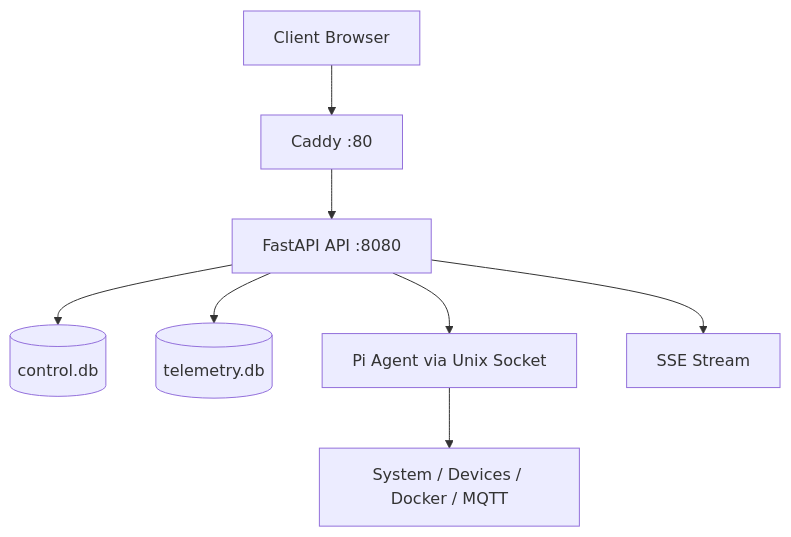
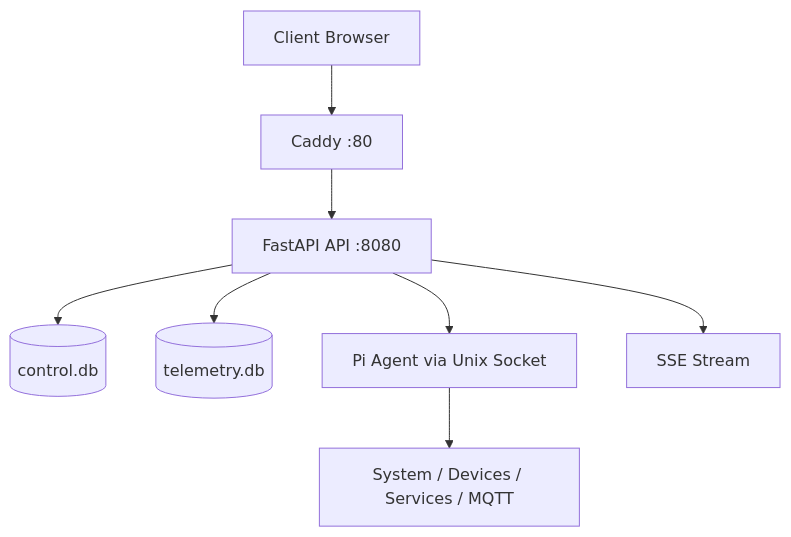
The second of 2 diagrams in README.md (BGirginn/rasp_pi_webUI), drawn with Mermaid before and after one commit. The commit also changed other lines of this file and 63 other files, not shown here.

````diff
--- a/README.md
+++ b/README.md
@@ -375,10 +375,10 @@
 ```mermaid
 flowchart TD
     A[Client Browser] --> B[Caddy :80]
     B --> C[FastAPI API :8080]
     C --> D[(control.db)]
     C --> E[(telemetry.db)]
     C --> F[Pi Agent via Unix Socket]
     C --> G[SSE Stream]
-    F --> H[System / Devices / Docker / MQTT]
+    F --> H[System / Devices / Services / MQTT]
 ```
````
